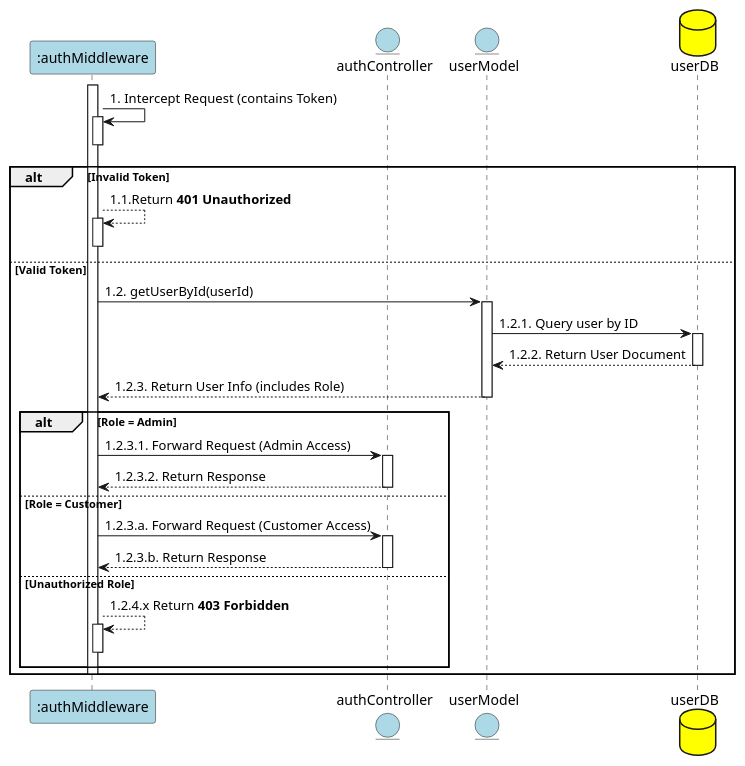
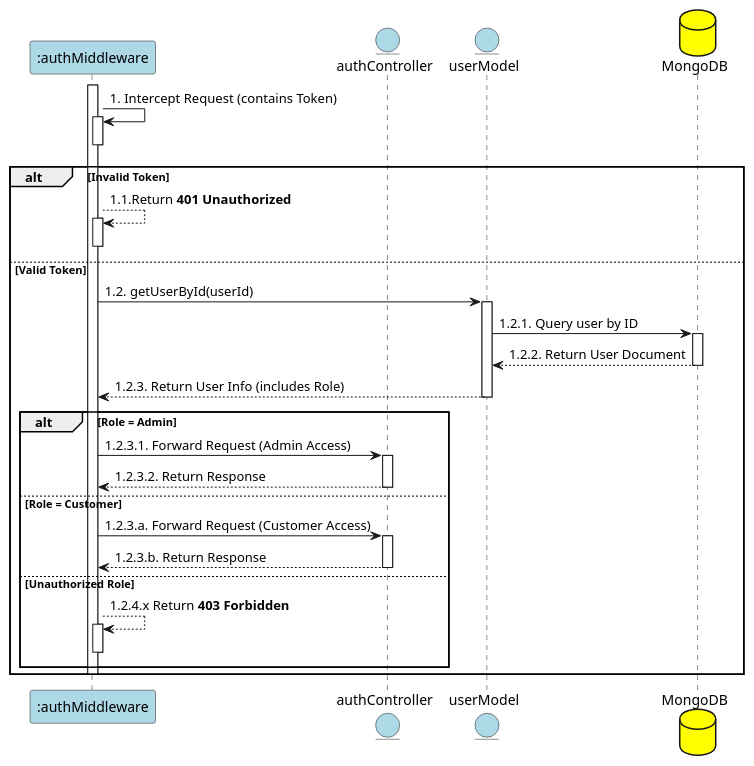
The diagram in PlanUML/new/authentication.puml (Aohkne/CaloCook), drawn with PlantUML before and after one commit. The commit also changed 21 other files, not shown here.

```diff
--- a/PlanUML/new/authentication.puml
+++ b/PlanUML/new/authentication.puml
@@ -1,50 +1,50 @@
 @startuml Authentication_SubSequence_Clean
 
 participant ":authMiddleware" as Middleware #lightblue
 entity "authController" as Controller #lightblue
 entity "userModel" as Model #lightblue
-database "userDB" as DB #yellow
+database "MongoDB" as DB #yellow
 
 activate Middleware
 Middleware -> Middleware: 1. Intercept Request (contains Token)
 activate Middleware
 deactivate Middleware
 
 alt Invalid Token
     Middleware --> Middleware: 1.1.Return **401 Unauthorized**
     activate Middleware
     deactivate Middleware
 
 else Valid Token
     Middleware -> Model: 1.2. getUserById(userId)
     activate Model
     Model -> DB: 1.2.1. Query user by ID
     activate DB
     DB --> Model: 1.2.2. Return User Document
     deactivate DB
     Model --> Middleware: 1.2.3. Return User Info (includes Role)
     deactivate Model
 
     alt Role = Admin
         Middleware -> Controller: 1.2.3.1. Forward Request (Admin Access)
         activate Controller
         Controller --> Middleware: 1.2.3.2. Return Response
         deactivate Controller
 
     else Role = Customer
         Middleware -> Controller: 1.2.3.a. Forward Request (Customer Access)
         activate Controller
         Controller --> Middleware: 1.2.3.b. Return Response
         deactivate Controller
 
     else Unauthorized Role
         Middleware --> Middleware: 1.2.4.x Return **403 Forbidden**
         activate Middleware
         deactivate Middleware
 
     end
         deactivate Middleware
 end
 
 
 @enduml
```
